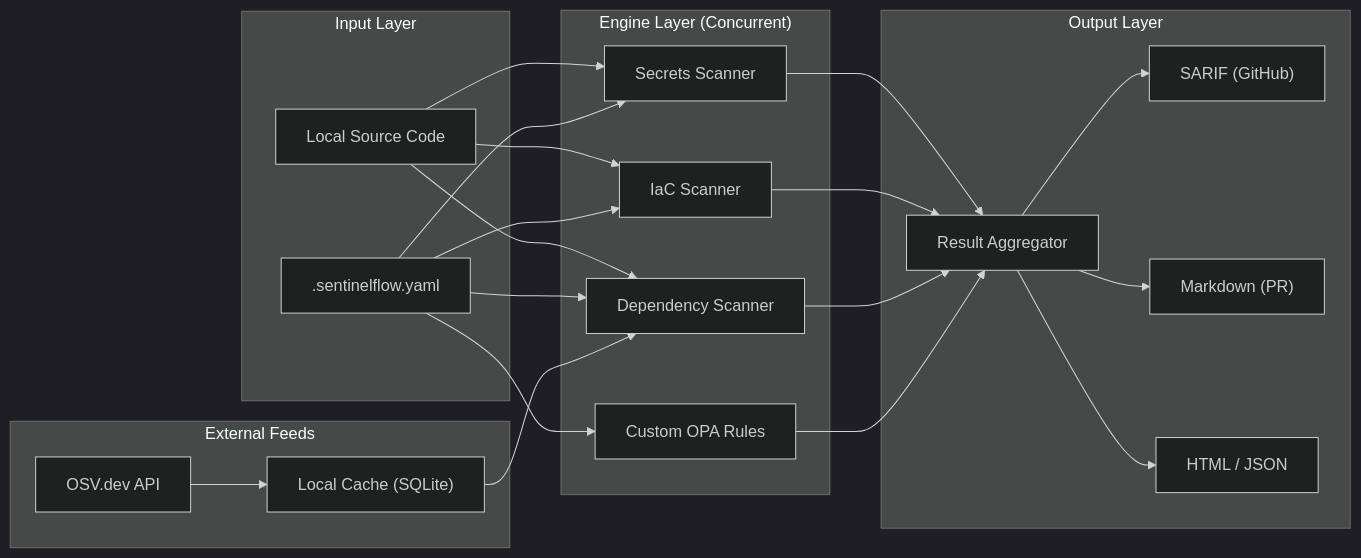
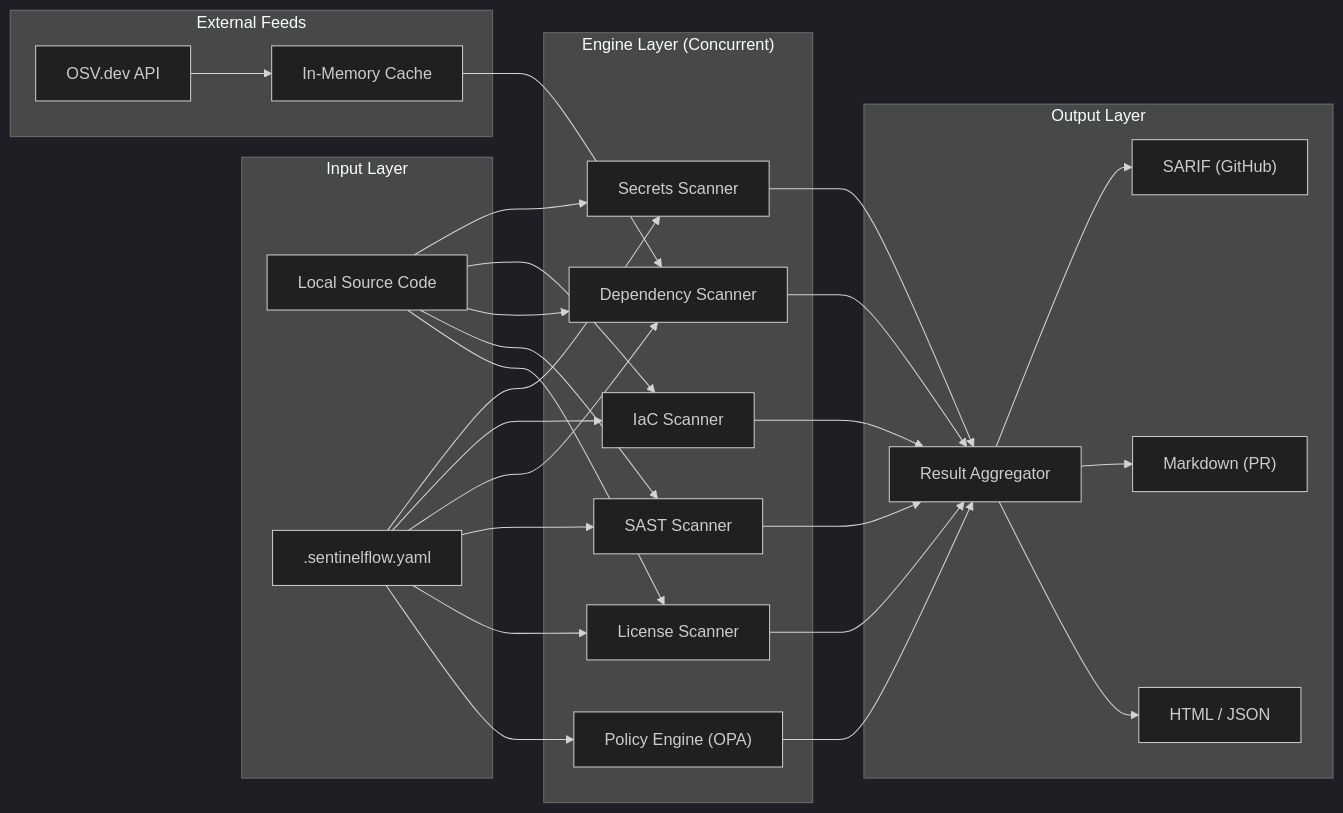
Before and after one commit to cozyGarage/sentielflow: the first of 4 diagrams in docs/architecture.md, drawn with Mermaid (dark theme). The commit also changed other lines of this file and 16 other files, not shown here.

````diff
--- a/docs/architecture.md
+++ b/docs/architecture.md
@@ -13,31 +11,33 @@
 ```mermaid
 graph LR
     subgraph "Input Layer"
         SRC["Local Source Code"]
         CFG[".sentinelflow.yaml"]
     end
 
     subgraph "Engine Layer (Concurrent)"
         S1["Secrets Scanner"]
         S2["IaC Scanner"]
         S3["Dependency Scanner"]
-        S4["Custom OPA Rules"]
+        S4["SAST Scanner"]
+        S5["License Scanner"]
+        S6["Policy Engine (OPA)"]
     end
 
     subgraph "External Feeds"
         VDB["OSV.dev API"]
-        CACHE["Local Cache (SQLite)"]
+        CACHE["In-Memory Cache"]
     end
 
-    SRC --> S1 & S2 & S3
-    CFG --> S1 & S2 & S3 & S4
+    SRC --> S1 & S2 & S3 & S4 & S5
+    CFG --> S1 & S2 & S3 & S4 & S5 & S6
     VDB --> CACHE --> S3
 
-    S1 & S2 & S3 & S4 --> AGG["Result Aggregator"]
+    S1 & S2 & S3 & S4 & S5 & S6 --> AGG["Result Aggregator"]
 
     subgraph "Output Layer"
         AGG --> R1["SARIF (GitHub)"]
         AGG --> R2["Markdown (PR)"]
         AGG --> R3["HTML / JSON"]
     end
 ```
````
